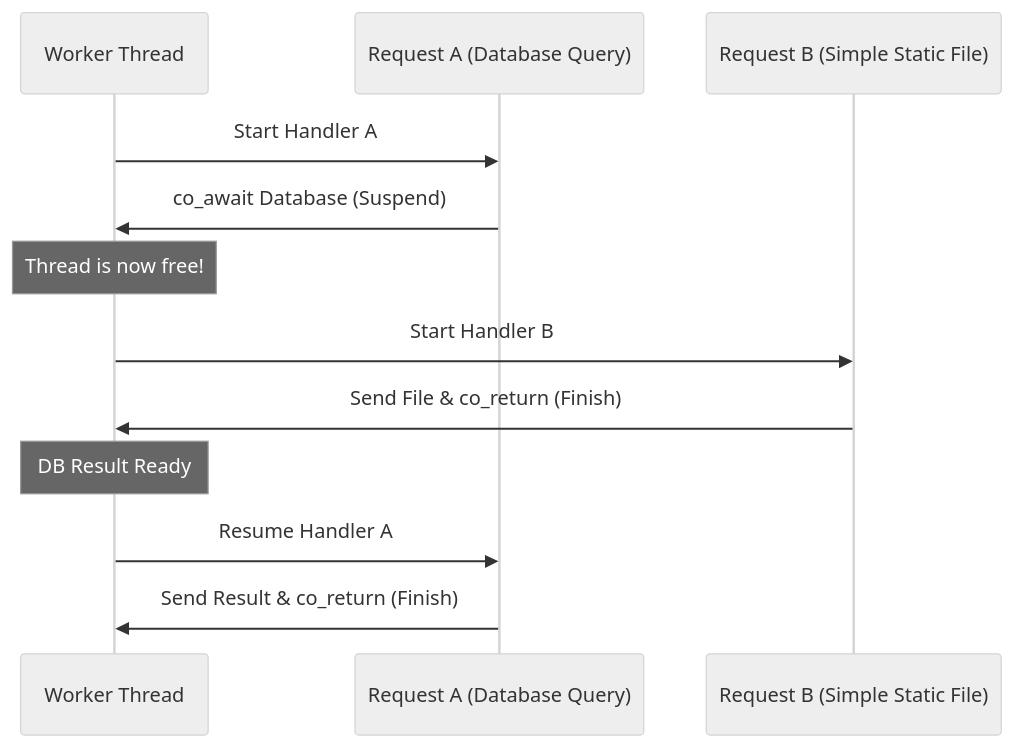
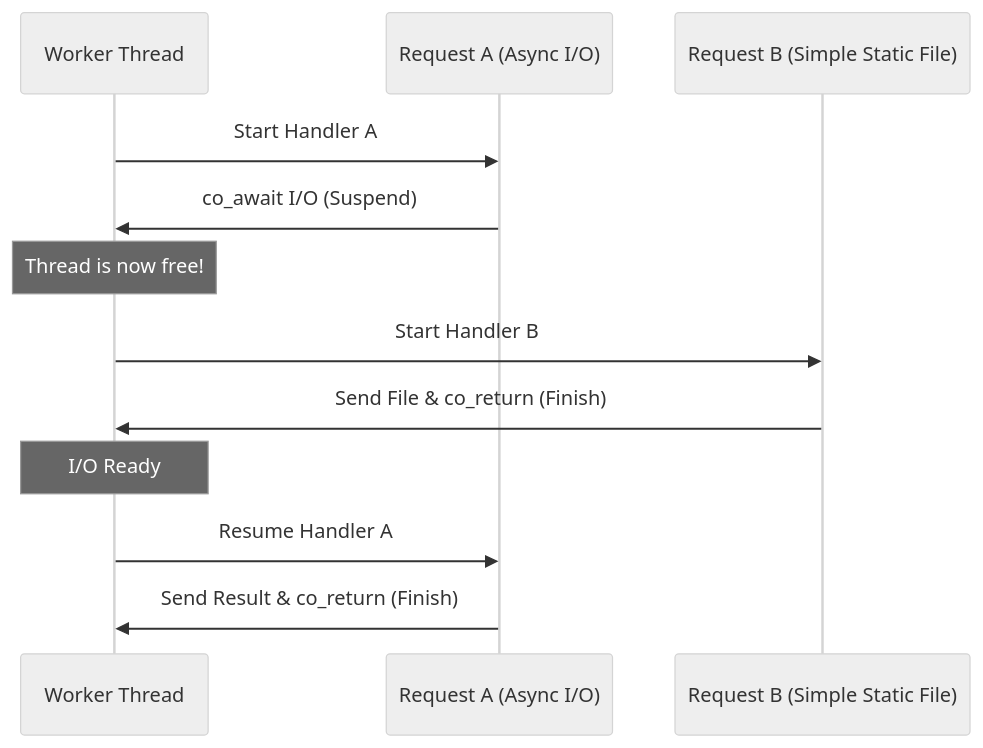
One commit to Creed-Petitt/blaze changed the first of 2 diagrams in docs/architecture.md. Above: the diagram before and after it, drawn with Mermaid (neutral theme). The commit also changed other lines of this file and 25 other files, not shown here.

````diff
--- a/docs/architecture.md
+++ b/docs/architecture.md
@@ -14,15 +14,15 @@
 ```mermaid
 sequenceDiagram
     participant T as Worker Thread
-    participant R1 as Request A (Database Query)
+    participant R1 as Request A (Async I/O)
     participant R2 as Request B (Simple Static File)
     
     T->>R1: Start Handler A
-    R1->>T: co_await Database (Suspend)
+    R1->>T: co_await I/O (Suspend)
     Note over T: Thread is now free!
     T->>R2: Start Handler B
     R2->>T: Send File & co_return (Finish)
-    Note over T: DB Result Ready
+    Note over T: I/O Ready
     T->>R1: Resume Handler A
     R1->>T: Send Result & co_return (Finish)
 ```
````
